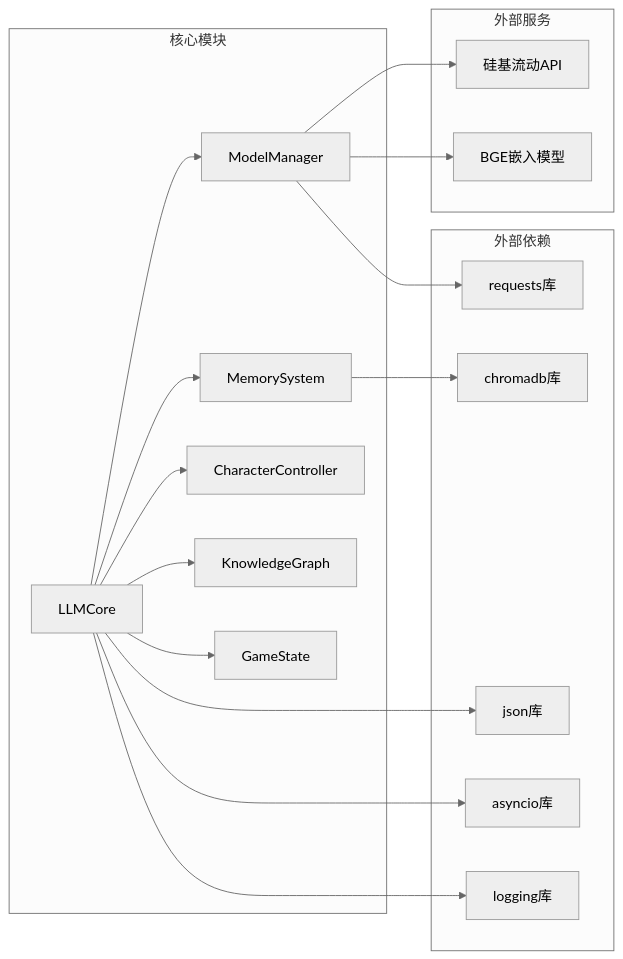
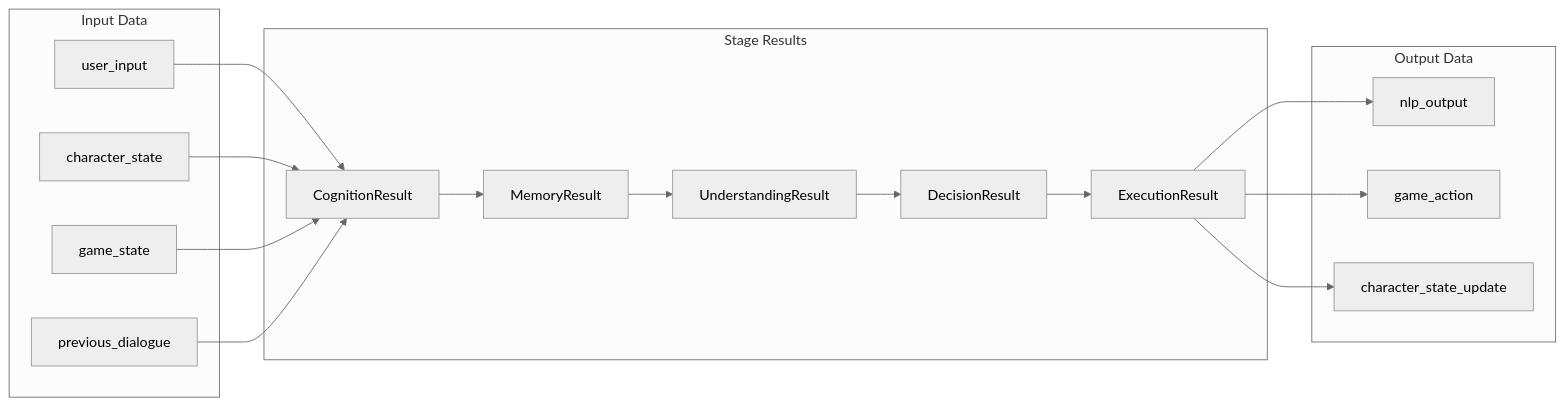
The sixth of 10 diagrams in .tr/mermaid.md (HeDaas-Code/Neo_Agent), drawn with Mermaid (neutral theme) before and after one commit. The commit also changed other lines of this file and 5 other files, not shown here.

````diff
--- a/.tr/mermaid.md
+++ b/.tr/mermaid.md
@@ -189,40 +248,37 @@
 ```mermaid
 graph LR
-    subgraph "外部依赖"
-        Requests[requests库]
-        ChromaDB[chromadb库]
-        JSON[json库]
-        Asyncio[asyncio库]
-        Logging[logging库]
+    subgraph "Input Data"
+        I1[user_input]
+        I2[character_state]
+        I3[game_state]
+        I4[previous_dialogue]
     end
     
-    subgraph "核心模块"
-        LLMCore[LLMCore]
-        ModelManager[ModelManager]
-        MemorySystem[MemorySystem]
-        CharacterController[CharacterController]
-        KnowledgeGraph[KnowledgeGraph]
-        GameState[GameState]
+    subgraph "Stage Results"
+        R1[CognitionResult]
+        R2[MemoryResult]
+        R3[UnderstandingResult]
+        R4[DecisionResult]
+        R5[ExecutionResult]
     end
     
-    subgraph "外部服务"
-        DeepSeekAPI[硅基流动API]
-        BGEModel[BGE嵌入模型]
+    subgraph "Output Data"
+        O1[nlp_output]
+        O2[game_action]
+        O3[character_state_update]
     end
     
-    ModelManager --> Requests
-    ModelManager --> DeepSeekAPI
-    ModelManager --> BGEModel
+    I1 --> R1
+    I2 --> R1
+    I3 --> R1
+    I4 --> R1
     
-    MemorySystem --> ChromaDB
+    R1 --> R2
+    R2 --> R3
+    R3 --> R4
+    R4 --> R5
     
-    LLMCore --> JSON
-    LLMCore --> Asyncio
-    LLMCore --> Logging
-    
-    LLMCore --> ModelManager
-    LLMCore --> MemorySystem
-    LLMCore --> CharacterController
-    LLMCore --> KnowledgeGraph
-    LLMCore --> GameState
+    R5 --> O1
+    R5 --> O2
+    R5 --> O3
 ```
````
